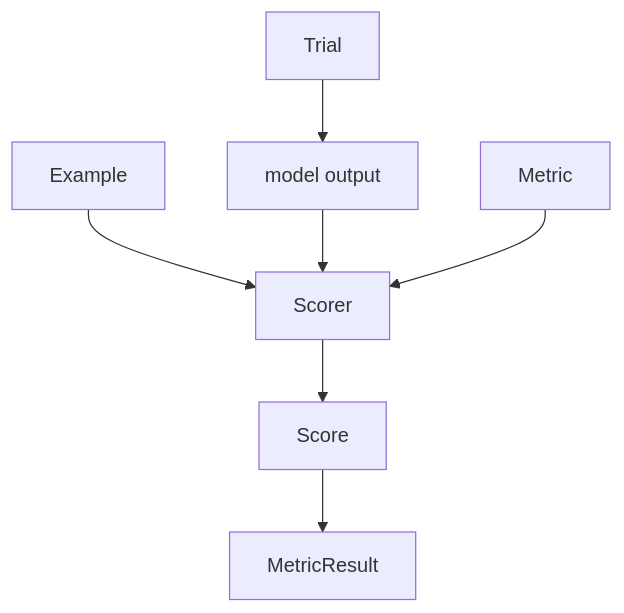
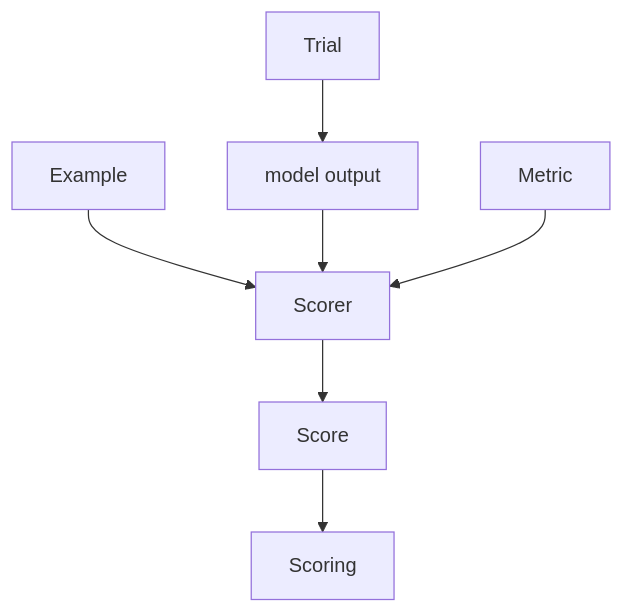
The third of 4 diagrams in README.md (nachollorca/promptuna), drawn with Mermaid before and after one commit. The commit also changed other lines of this file and 2 other files, not shown here.

````diff
--- a/README.md
+++ b/README.md
@@ -58,9 +58,9 @@
 ```mermaid
 flowchart TD
     T[Trial] --> O[model output]
     E[Example] --> S[Scorer]
     O --> S
     M[Metric] --> S
     S --> Score
-    Score --> MR[MetricResult]
+    Score --> Sc[Scoring]
 ```
````
